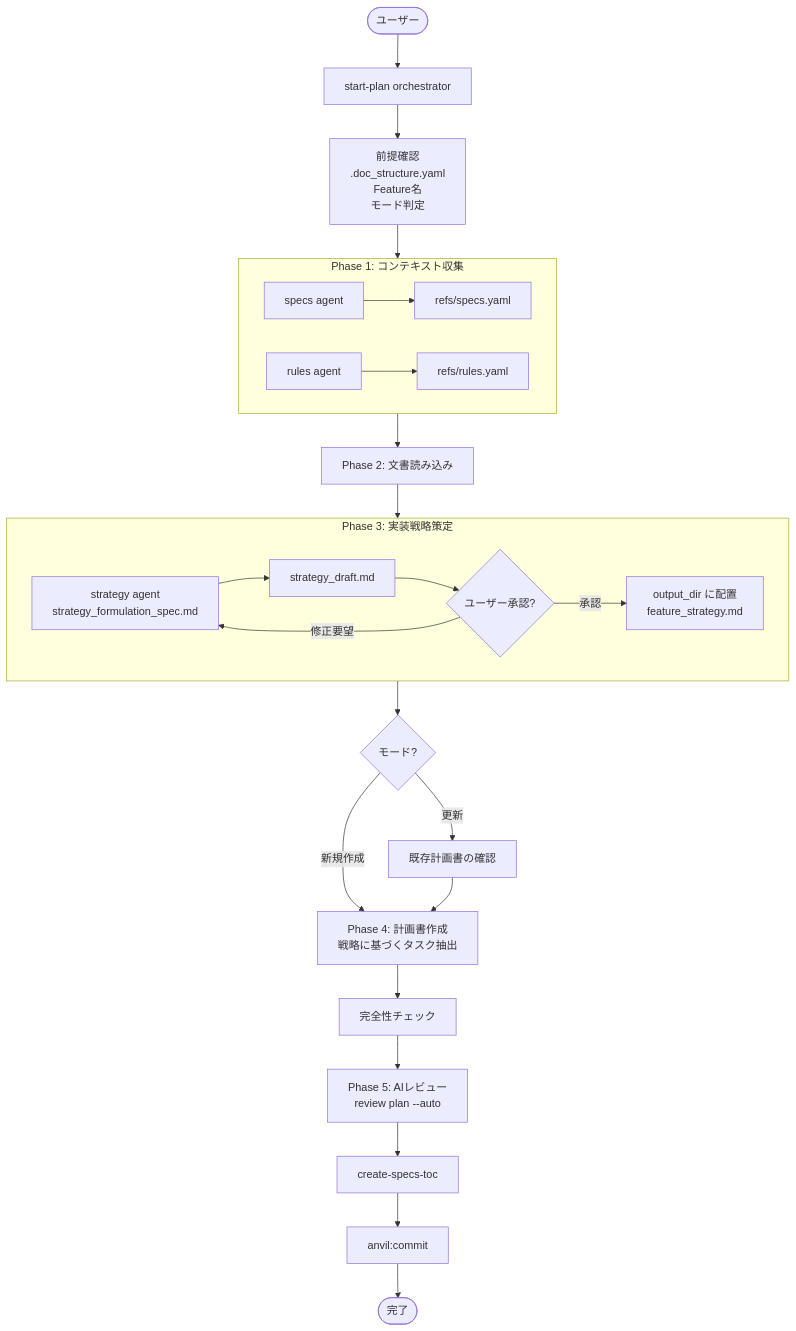
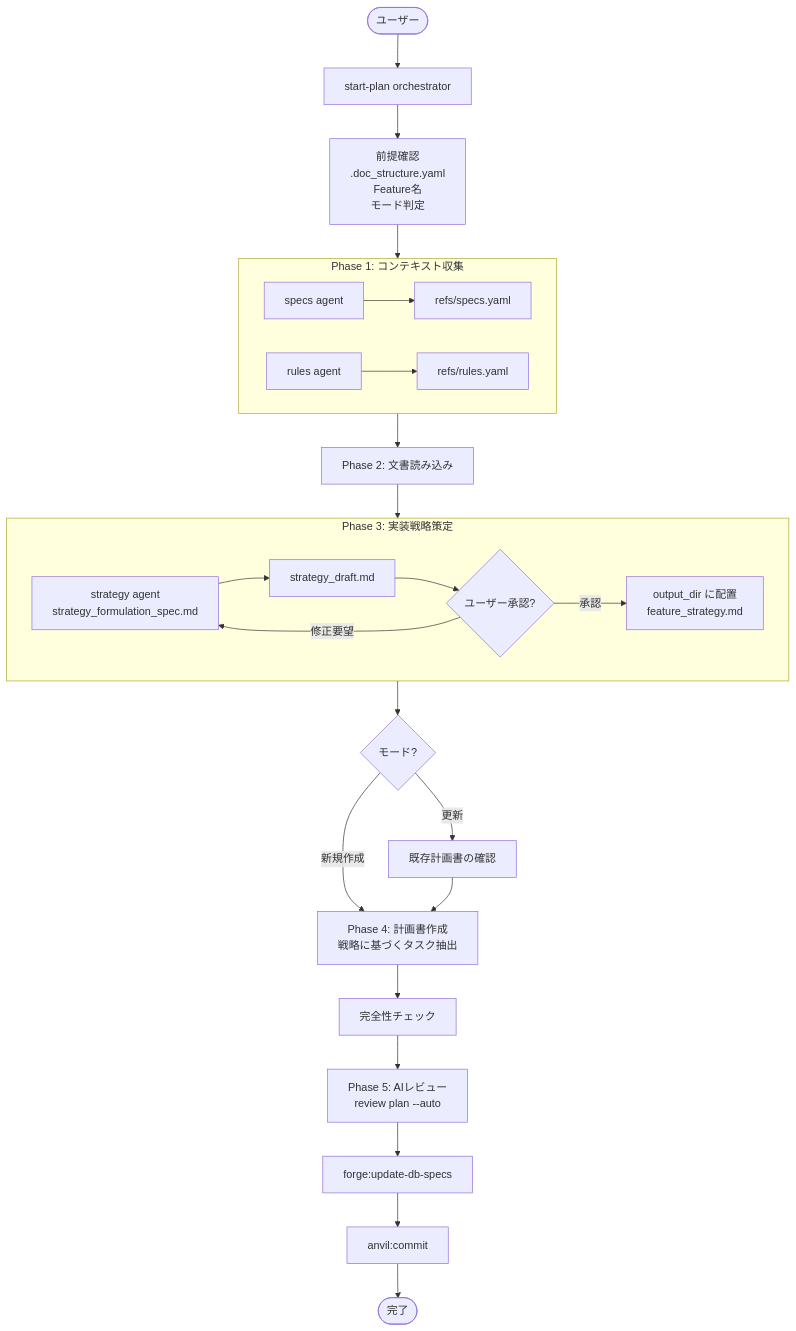
Before and after one commit to BlueEventHorizon/bw-cc-plugins: the diagram in docs/specs/forge/design/DES-019_create_plan_workflow_design.md, drawn with Mermaid. The commit also changed other lines of this file and 37 other files, not shown here.

````diff
--- a/docs/specs/forge/design/DES-019_create_plan_workflow_design.md
+++ b/docs/specs/forge/design/DES-019_create_plan_workflow_design.md
@@ -34,41 +34,41 @@
 ```mermaid
 flowchart TD
     User([ユーザー]) --> ORCHESTRATOR["start-plan orchestrator"]
 
     ORCHESTRATOR --> PREREQ["前提確認<br>.doc_structure.yaml<br>Feature名<br>モード判定"]
 
     PREREQ --> CONTEXT
 
     subgraph CONTEXT["Phase 1: コンテキスト収集"]
         A1["specs agent"] --> REFS_SPECS["refs/specs.yaml"]
         A2["rules agent"] --> REFS_RULES["refs/rules.yaml"]
     end
 
     CONTEXT --> READ["Phase 2: 文書読み込み"]
 
     READ --> STRATEGY_PHASE
 
     subgraph STRATEGY_PHASE["Phase 3: 実装戦略策定"]
         SA["strategy agent<br>strategy_formulation_spec.md"] --> DRAFT["strategy_draft.md"]
         DRAFT --> APPROVAL{"ユーザー承認?"}
         APPROVAL -->|"修正要望"| SA
         APPROVAL -->|"承認"| COPY["output_dir に配置<br>feature_strategy.md"]
     end
 
     STRATEGY_PHASE --> MODE_CHECK{モード?}
 
     MODE_CHECK -->|"新規作成"| CREATE
     MODE_CHECK -->|"更新"| UPDATE_CHECK
 
     UPDATE_CHECK["既存計画書の確認"] --> CREATE
 
     CREATE["Phase 4: 計画書作成<br>戦略に基づくタスク抽出"] --> QA["完全性チェック"]
 
     QA --> AI_REVIEW["Phase 5: AIレビュー<br>review plan --auto"]
 
-    AI_REVIEW --> TOC["create-specs-toc"]
+    AI_REVIEW --> TOC["forge:update-db-specs"]
 
     TOC --> COMMIT["anvil:commit"]
 
     COMMIT --> DONE([完了])
 ```
````
